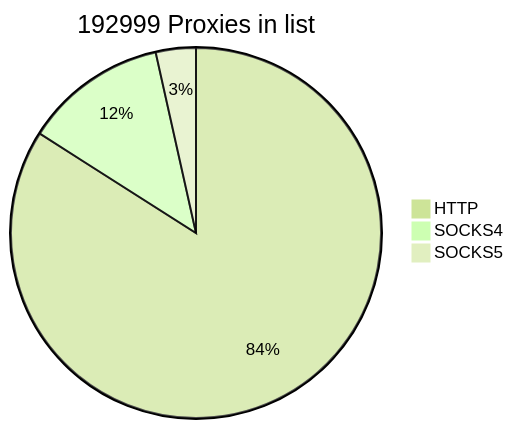
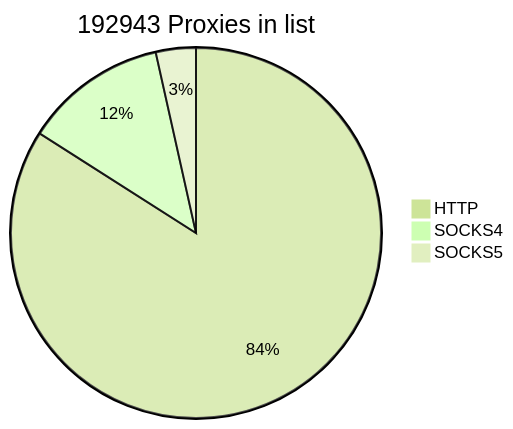
Before and after one commit to cutipu/proxylist: the first of 2 diagrams in README.md, drawn with Mermaid (forest theme). The commit also changed other lines of this file, not shown here.

````diff
--- a/README.md
+++ b/README.md
@@ -2,7 +2,7 @@
 ```mermaid
-pie title 192999 Proxies in list
-    "HTTP" : 162153
-    "SOCKS4" : 24099
-    "SOCKS5" : 6747
+pie title 192943 Proxies in list
+    "HTTP" : 162129
+    "SOCKS4" : 24076
+    "SOCKS5" : 6738
             
 ```
````
